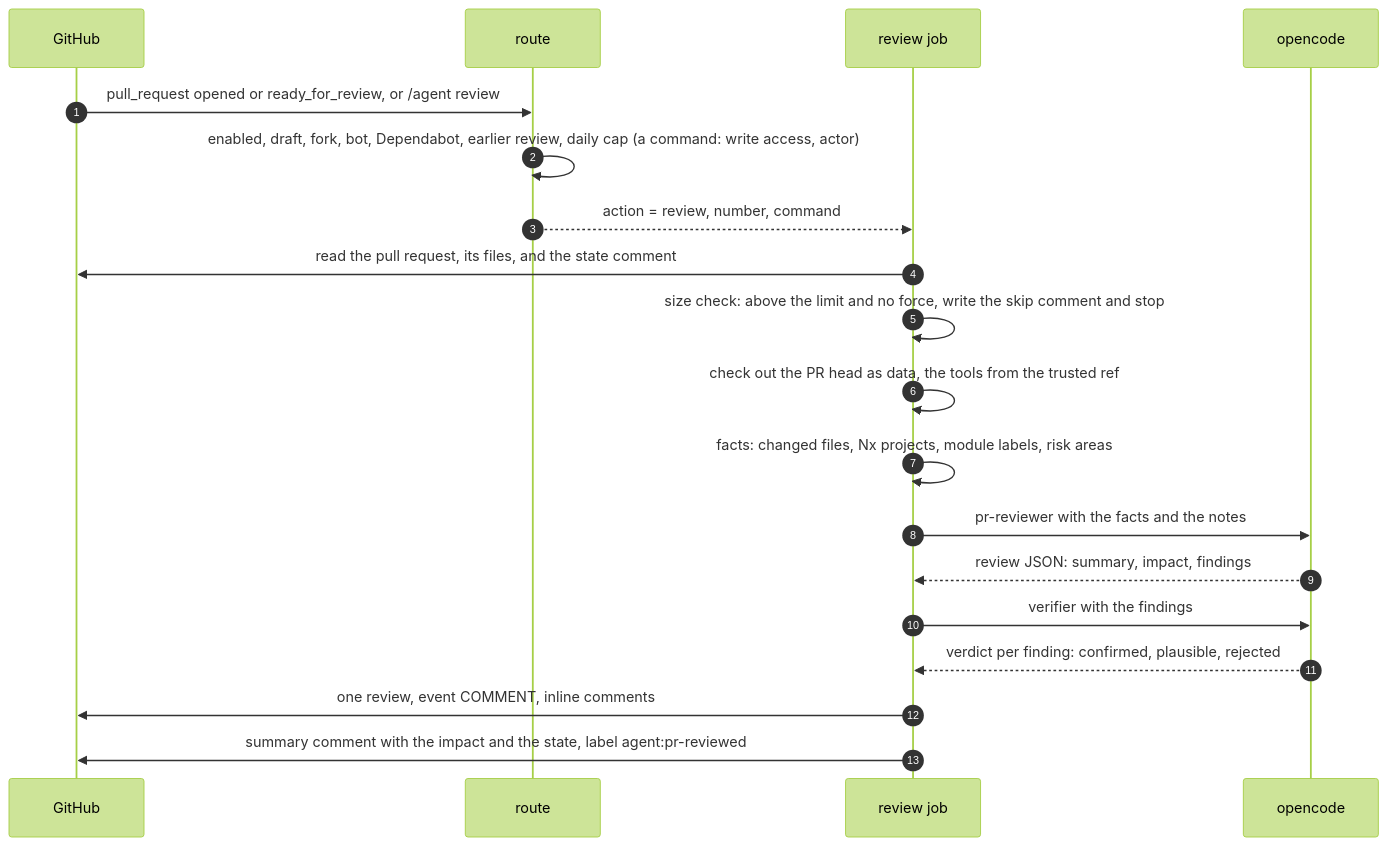
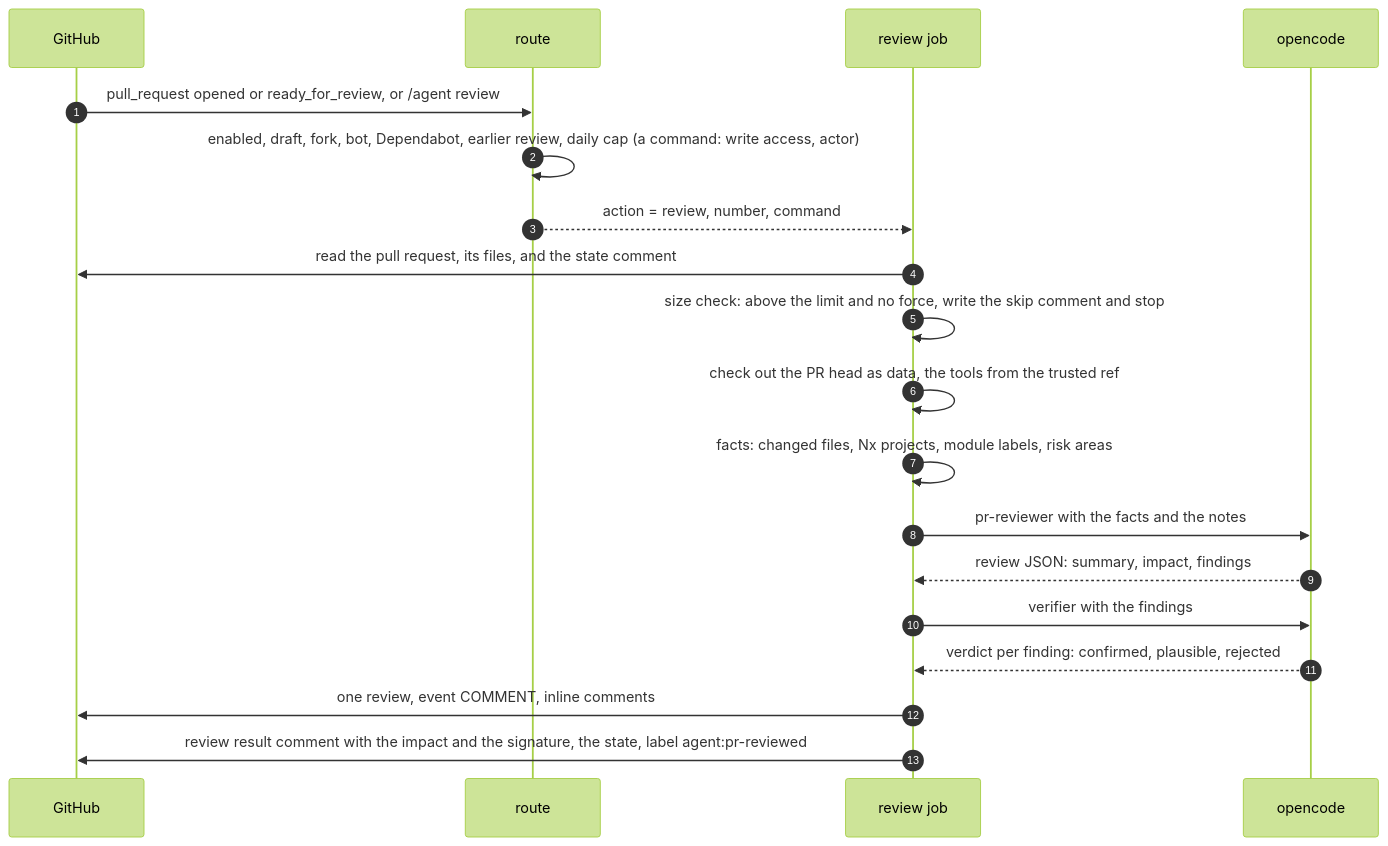
Before and after one commit to Netcracker/qubership-apihub: the fourth of 11 diagrams in docs/internal/autonomous-agent/architecture.md, drawn with Mermaid (forest theme). The commit also changed other lines of this file and 42 other files, not shown here.

First line of the commit message:
feat(agent): add stop reason labels, run signatures, and result comments

````diff
--- a/docs/internal/autonomous-agent/architecture.md
+++ b/docs/internal/autonomous-agent/architecture.md
@@ -273,21 +275,21 @@
 ```mermaid
 sequenceDiagram
   autonumber
   participant GH as GitHub
   participant R as route
   participant V as review job
   participant M as opencode
   GH->>R: pull_request opened or ready_for_review, or /agent review
   R->>R: enabled, draft, fork, bot, Dependabot, earlier review, daily cap (a command: write access, actor)
   R-->>V: action = review, number, command
   V->>GH: read the pull request, its files, and the state comment
   V->>V: size check: above the limit and no force, write the skip comment and stop
   V->>V: check out the PR head as data, the tools from the trusted ref
   V->>V: facts: changed files, Nx projects, module labels, risk areas
   V->>M: pr-reviewer with the facts and the notes
   M-->>V: review JSON: summary, impact, findings
   V->>M: verifier with the findings
   M-->>V: verdict per finding: confirmed, plausible, rejected
   V->>GH: one review, event COMMENT, inline comments
-  V->>GH: summary comment with the impact and the state, label agent:pr-reviewed
+  V->>GH: review result comment with the impact and the signature, the state, label agent:pr-reviewed
 ```
````
